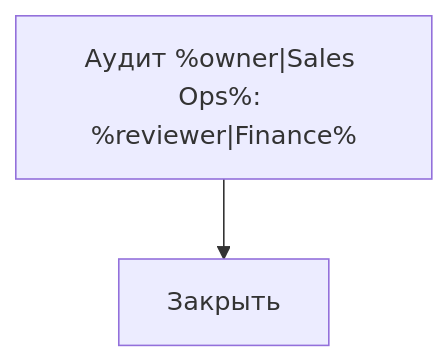
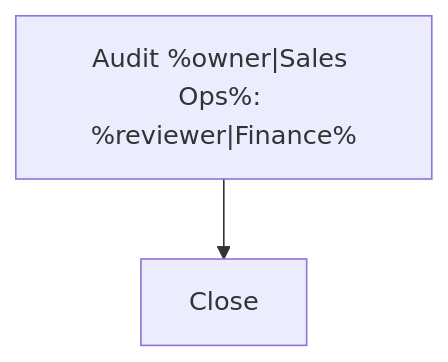
One commit to bnku/mdmm changed the third of 4 diagrams in examples/shared/customer-templates.md. Above: the diagram before and after it, drawn with Mermaid. The commit also changed other lines of this file and 20 other files, not shown here.

First line of the commit message:
refactor(core): rename whole-diagram to diagram terminology

````diff
--- a/examples/shared/customer-templates.md
+++ b/examples/shared/customer-templates.md
@@ -24,5 +24,5 @@
 ```mermaid
 flowchart TD
-entry["Аудит %owner|Sales Ops%: %reviewer|Finance%"]
-entry --> done["Закрыть"]
+entry["Audit %owner|Sales Ops%: %reviewer|Finance%"]
+entry --> done["Close"]
 ```
````
